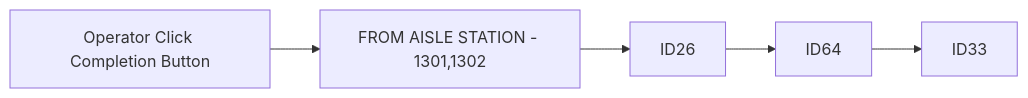
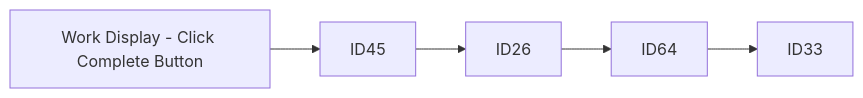
The second of 19 diagrams in Basic-Design/DFD-WMS/Inventory-Check/Inventory-Check-from-Ambient-Area.md (luthfiadityaa/SimeDarby-Wiki), drawn with Mermaid before and after one commit. The commit also changed other lines of this file, not shown here.

```diff
--- a/Basic-Design/DFD-WMS/Inventory-Check/Inventory-Check-from-Ambient-Area.md
+++ b/Basic-Design/DFD-WMS/Inventory-Check/Inventory-Check-from-Ambient-Area.md
@@ -17,5 +17,5 @@
 ::: mermaid
 flowchart LR
   
-P1[Operator Click Completion Button]-->P2[FROM AISLE STATION - 1301,1302]-->P3[ID26]-->P4[ID64]-->P5[ID33]
+P1[Work Display - Click Complete Button]-->P2[ID45]-->P3[ID26]-->P4[ID64]-->P5[ID33]
 :::
```
